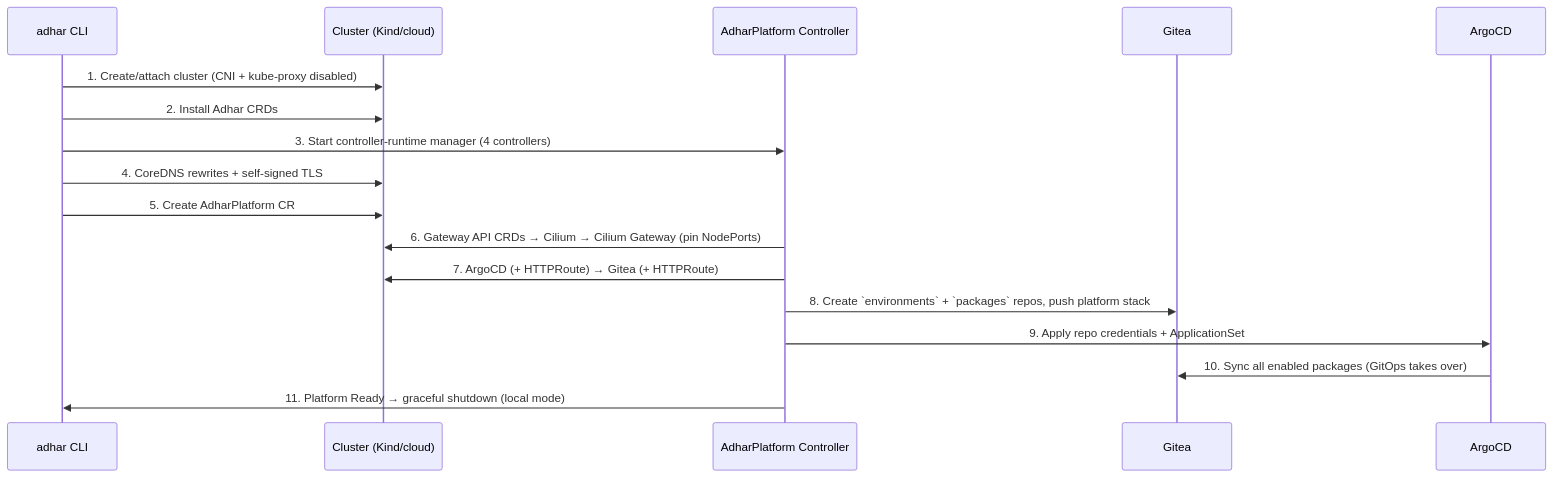
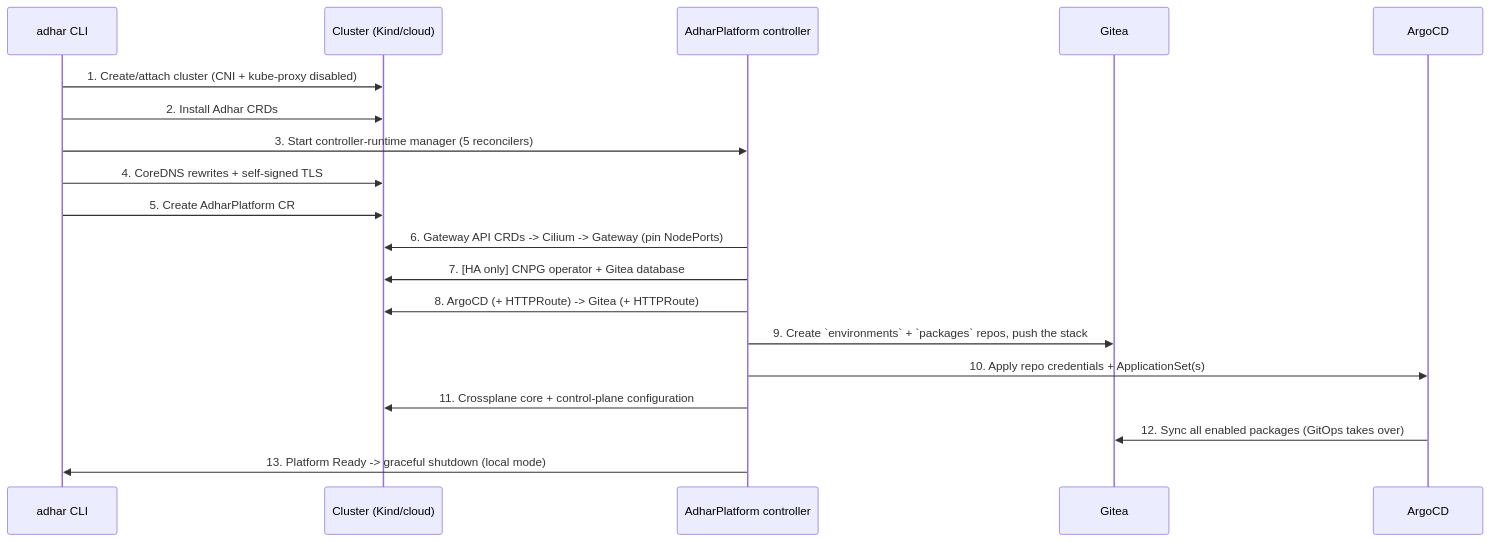
One commit to adhar-io/adhar changed the second of 4 diagrams in docs/ARCHITECTURE.md. Above: the diagram before and after it, drawn with Mermaid. The commit also changed other lines of this file and 321 other files, not shown here.

````diff
--- a/docs/ARCHITECTURE.md
+++ b/docs/ARCHITECTURE.md
@@ -81,20 +104,22 @@
 ```mermaid
 sequenceDiagram
     participant CLI as adhar CLI
     participant K8s as Cluster (Kind/cloud)
-    participant Ctl as AdharPlatform Controller
+    participant Ctl as AdharPlatform controller
     participant Git as Gitea
     participant Argo as ArgoCD
 
     CLI->>K8s: 1. Create/attach cluster (CNI + kube-proxy disabled)
     CLI->>K8s: 2. Install Adhar CRDs
-    CLI->>Ctl: 3. Start controller-runtime manager (4 controllers)
+    CLI->>Ctl: 3. Start controller-runtime manager (5 reconcilers)
     CLI->>K8s: 4. CoreDNS rewrites + self-signed TLS
     CLI->>K8s: 5. Create AdharPlatform CR
-    Ctl->>K8s: 6. Gateway API CRDs → Cilium → Cilium Gateway (pin NodePorts)
-    Ctl->>K8s: 7. ArgoCD (+ HTTPRoute) → Gitea (+ HTTPRoute)
-    Ctl->>Git: 8. Create `environments` + `packages` repos, push platform stack
-    Ctl->>Argo: 9. Apply repo credentials + ApplicationSet
-    Argo->>Git: 10. Sync all enabled packages (GitOps takes over)
-    Ctl->>CLI: 11. Platform Ready → graceful shutdown (local mode)
+    Ctl->>K8s: 6. Gateway API CRDs -> Cilium -> Gateway (pin NodePorts)
+    Ctl->>K8s: 7. [HA only] CNPG operator + Gitea database
+    Ctl->>K8s: 8. ArgoCD (+ HTTPRoute) -> Gitea (+ HTTPRoute)
+    Ctl->>Git: 9. Create `environments` + `packages` repos, push the stack
+    Ctl->>Argo: 10. Apply repo credentials + ApplicationSet(s)
+    Ctl->>K8s: 11. Crossplane core + control-plane configuration
+    Argo->>Git: 12. Sync all enabled packages (GitOps takes over)
+    Ctl->>CLI: 13. Platform Ready -> graceful shutdown (local mode)
 ```
````
